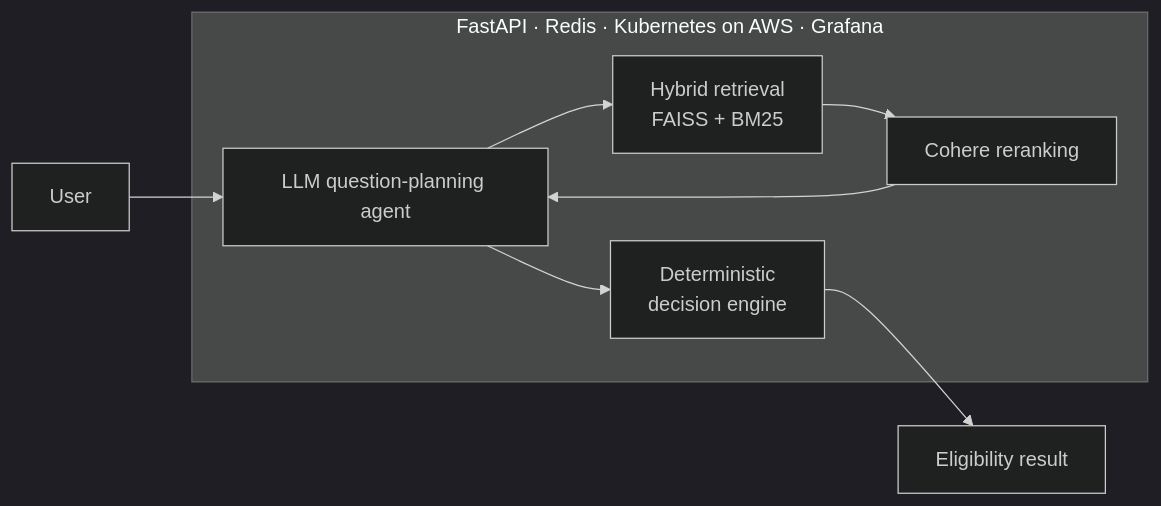
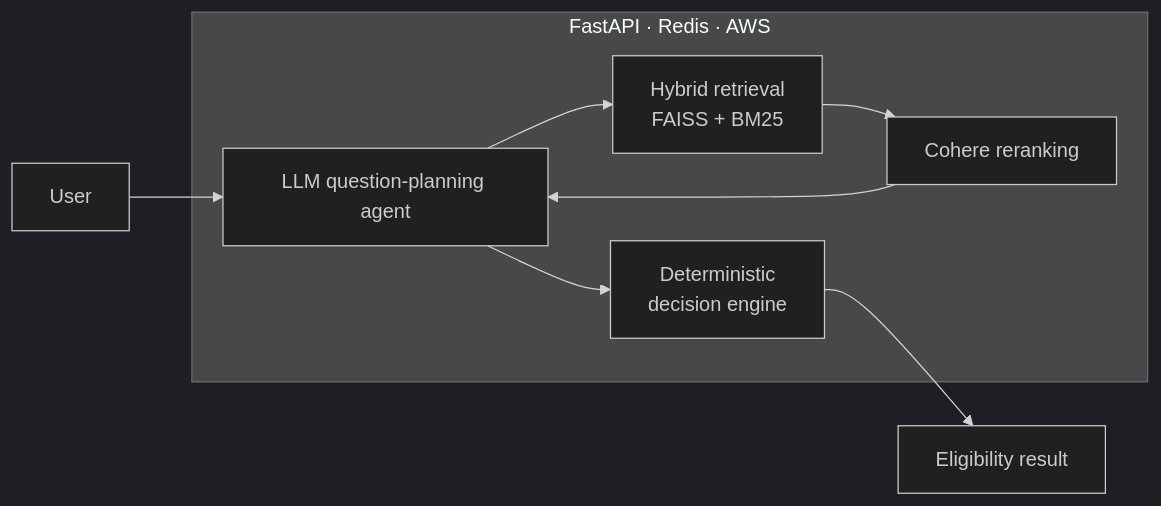
Before and after one commit to fardaevm/fardaevm: the first of 2 diagrams in README.md, drawn with Mermaid (dark theme). The commit also changed other lines of this file, not shown here.

````diff
--- a/README.md
+++ b/README.md
@@ -41,15 +45,15 @@
 ```mermaid
 flowchart LR
     U[User] --> A[LLM question-planning agent]
     A --> R[Hybrid retrieval<br/>FAISS + BM25]
     R --> C[Cohere reranking]
     C --> A
     A --> D[Deterministic<br/>decision engine]
     D --> O[Eligibility result]
-    subgraph Infra[FastAPI · Redis · Kubernetes on AWS · Grafana]
+    subgraph Infra[FastAPI · Redis · AWS]
     A
     R
     C
     D
     end
 ```
````
